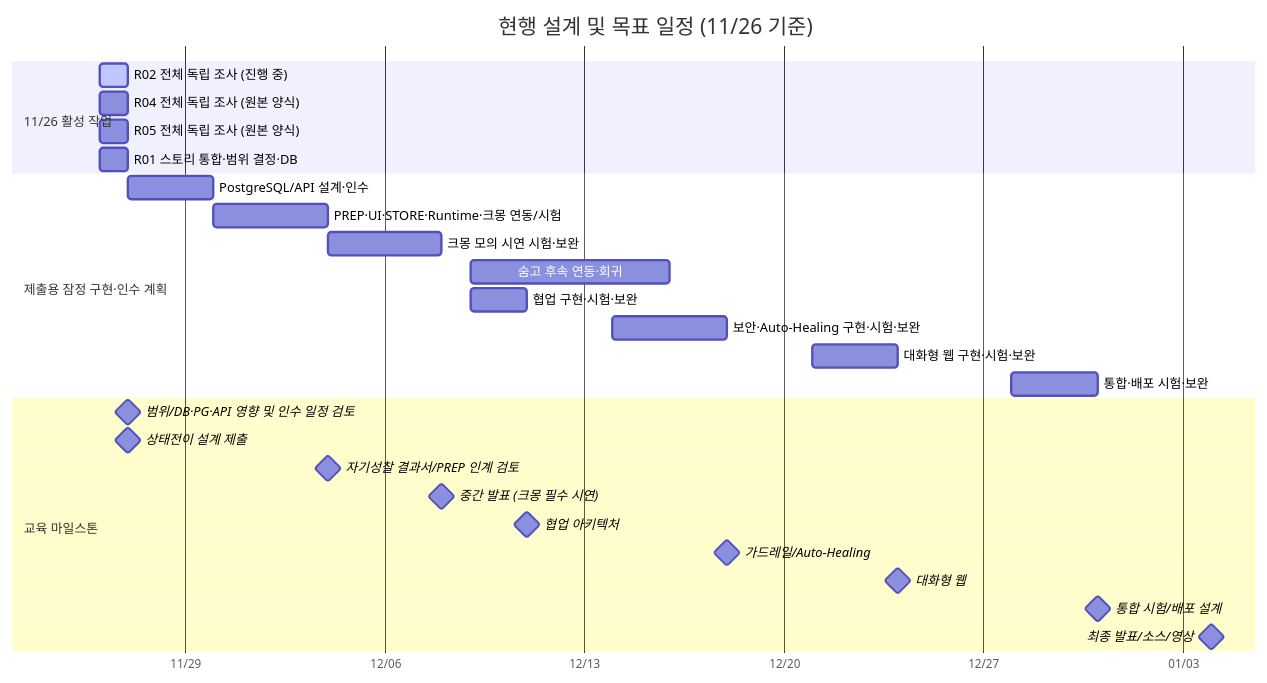
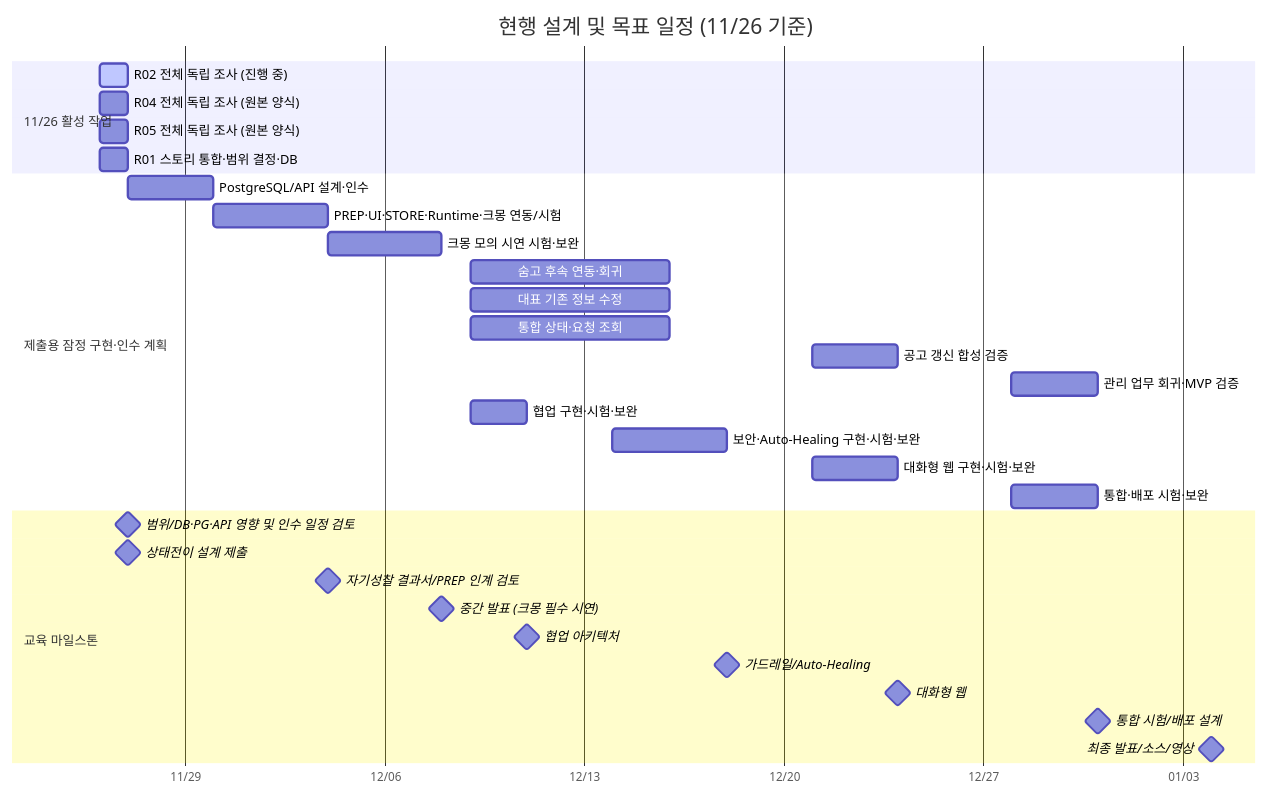
The diagram in docs/step1/WBS_제출본.md (ik-e/chaja-you), drawn with Mermaid before and after one commit. The commit also changed other lines of this file and 12 other files, not shown here.

````diff
--- a/docs/step1/WBS_제출본.md
+++ b/docs/step1/WBS_제출본.md
@@ -8,30 +8,34 @@
 ```mermaid
 gantt
  title 현행 설계 및 목표 일정 (11/26 기준)
  dateFormat YYYY-MM-DD
  axisFormat %m/%d
  section 11/26 활성 작업
  R02 전체 독립 조사 (진행 중) :active, t55, 2026-11-26, 1d
  R04 전체 독립 조사 (원본 양식) :t56, 2026-11-26, 1d
  R05 전체 독립 조사 (원본 양식) :t57, 2026-11-26, 1d
  R01 스토리 통합·범위 결정·DB :t58, 2026-11-26, 1d
  section 제출용 잠정 구현·인수 계획
  PostgreSQL/API 설계·인수 :p1, 2026-11-27, 2026-11-30
  PREP·UI·STORE·Runtime·크몽 연동/시험 :p2, 2026-11-30, 2026-12-04
  크몽 모의 시연 시험·보완 :p3, 2026-12-04, 2026-12-08
  숨고 후속 연동·회귀 :p4, 2026-12-09, 2026-12-16
+ 대표 기존 정보 수정 :mg1, 2026-12-09, 2026-12-16
+ 통합 상태·요청 조회 :mg2, 2026-12-09, 2026-12-16
+ 공고 갱신 합성 검증 :mg3, 2026-12-21, 2026-12-24
+ 관리 업무 회귀·MVP 검증 :mg4, 2026-12-28, 2026-12-31
  협업 구현·시험·보완 :p5, 2026-12-09, 2026-12-11
  보안·Auto-Healing 구현·시험·보완 :p6, 2026-12-14, 2026-12-18
  대화형 웹 구현·시험·보완 :p7, 2026-12-21, 2026-12-24
  통합·배포 시험·보완 :p8, 2026-12-28, 2026-12-31
  section 교육 마일스톤
  범위/DB·PG·API 영향 및 인수 일정 검토 :milestone, m0, 2026-11-27, 0d
  상태전이 설계 제출 :milestone, m1, 2026-11-27, 0d
  자기성찰 결과서/PREP 인계 검토 :milestone, m2, 2026-12-04, 0d
  중간 발표 (크몽 필수 시연) :milestone, m3, 2026-12-08, 0d
  협업 아키텍처 :milestone, m4, 2026-12-11, 0d
  가드레일/Auto-Healing :milestone, m5, 2026-12-18, 0d
  대화형 웹 :milestone, m6, 2026-12-24, 0d
  통합 시험/배포 설계 :milestone, m7, 2026-12-31, 0d
  최종 발표/소스/영상 :milestone, m8, 2027-01-04, 0d
 ```
````
